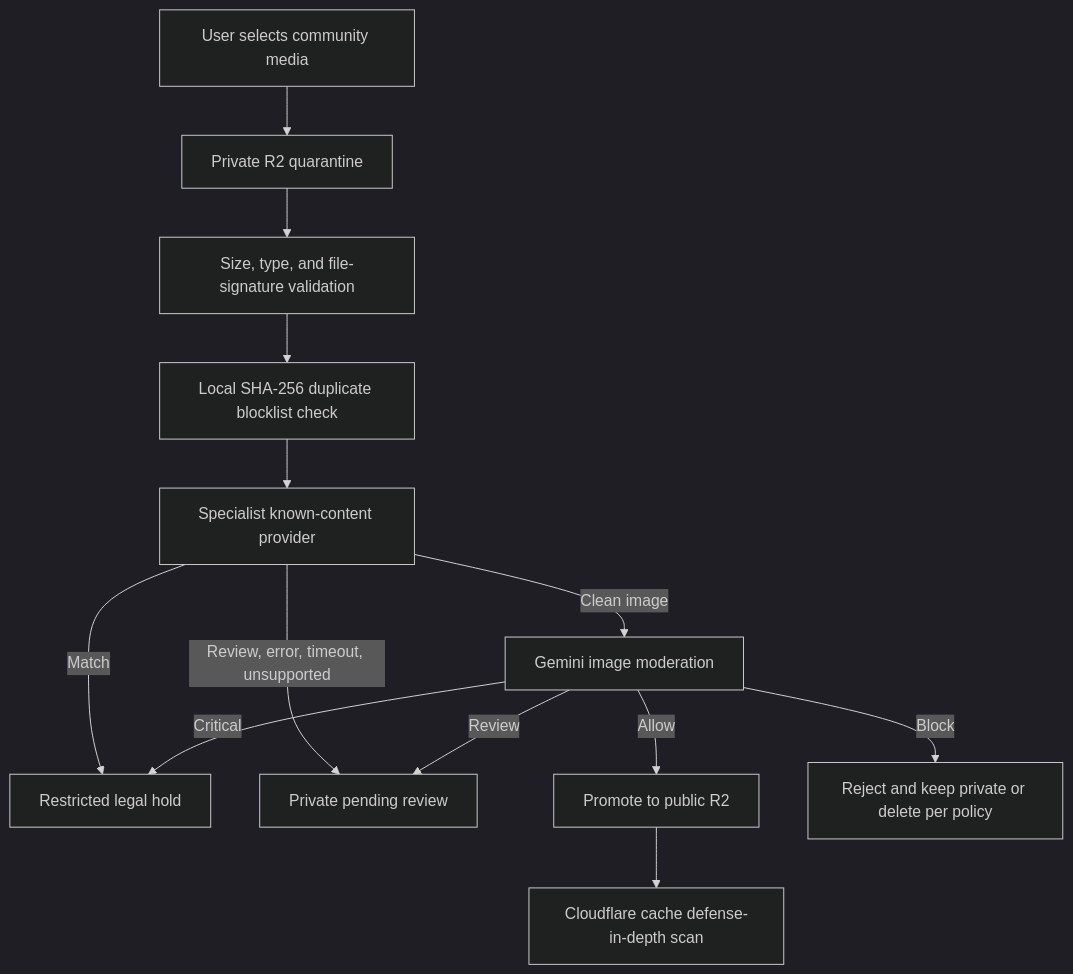
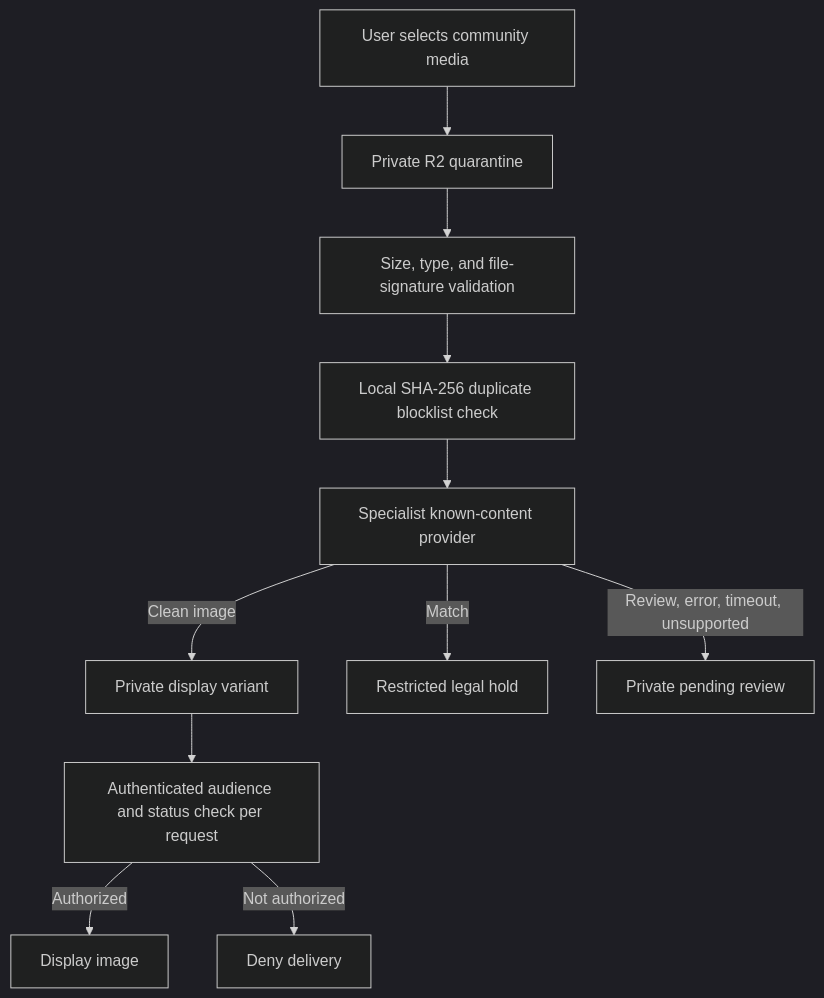
The diagram in docs/compliance/child-safety-provider-integration-plan.md (autodev110/perfectppi), drawn with Mermaid (dark theme) before and after one commit. The commit also changed other lines of this file and 47 other files, not shown here.

````diff
--- a/docs/compliance/child-safety-provider-integration-plan.md
+++ b/docs/compliance/child-safety-provider-integration-plan.md
@@ -101,15 +120,13 @@
 ```mermaid
 flowchart TD
     A[User selects community media] --> B[Private R2 quarantine]
     B --> C[Size, type, and file-signature validation]
     C --> D[Local SHA-256 duplicate blocklist check]
     D --> E[Specialist known-content provider]
-    E -->|Clean image| F[Gemini image moderation]
+    E -->|Clean image| I[Private display variant]
     E -->|Match| G[Restricted legal hold]
     E -->|Review, error, timeout, unsupported| H[Private pending review]
-    F -->|Allow| I[Promote to public R2]
-    F -->|Review| H
-    F -->|Block| J[Reject and keep private or delete per policy]
-    F -->|Critical| G
-    I --> K[Cloudflare cache defense-in-depth scan]
+    I --> K[Authenticated audience and status check per request]
+    K -->|Authorized| L[Display image]
+    K -->|Not authorized| M[Deny delivery]
 ```
````
